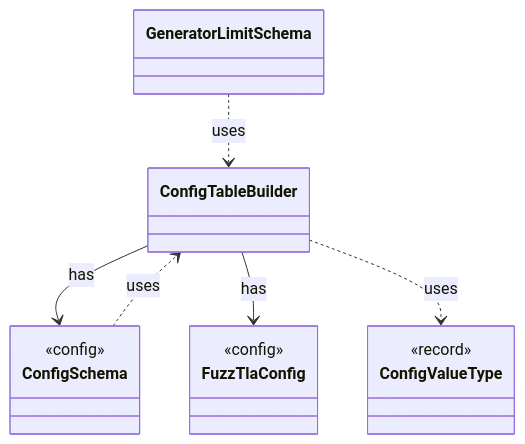
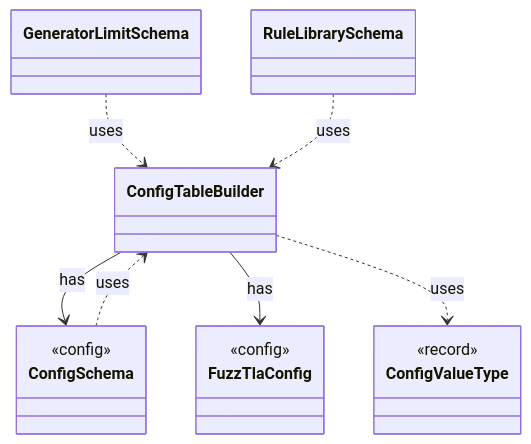
One commit to tlaplus/model-checker-hardening changed the diagram in dev/types/io.github.tlaplus.hardening.config.ConfigTableBuilder.md. Above: the diagram before and after it, drawn with Mermaid. The commit also changed other lines of this file and 405 other files, not shown here.

````diff
--- a/dev/types/io.github.tlaplus.hardening.config.ConfigTableBuilder.md
+++ b/dev/types/io.github.tlaplus.hardening.config.ConfigTableBuilder.md
@@ -7,19 +7,21 @@
 ```mermaid
 classDiagram
   class ConfigTableBuilder
   class ConfigSchema {
     <<config>>
   }
   class FuzzTlaConfig {
     <<config>>
   }
   class ConfigValueType {
     <<record>>
   }
   class GeneratorLimitSchema
+  class RuleLibrarySchema
   ConfigTableBuilder --> ConfigSchema : has
   ConfigTableBuilder --> FuzzTlaConfig : has
   ConfigTableBuilder ..> ConfigValueType : uses
   ConfigSchema ..> ConfigTableBuilder : uses
   GeneratorLimitSchema ..> ConfigTableBuilder : uses
+  RuleLibrarySchema ..> ConfigTableBuilder : uses
 ```
````
